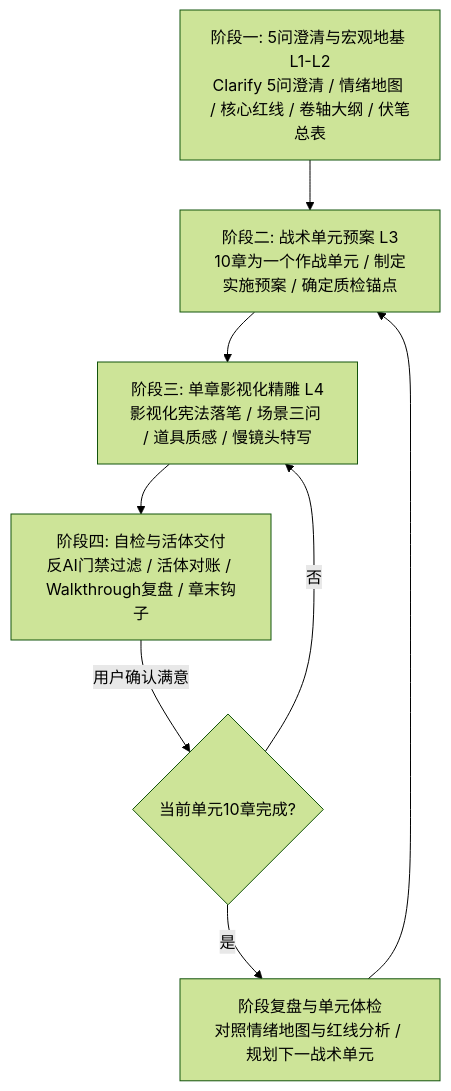
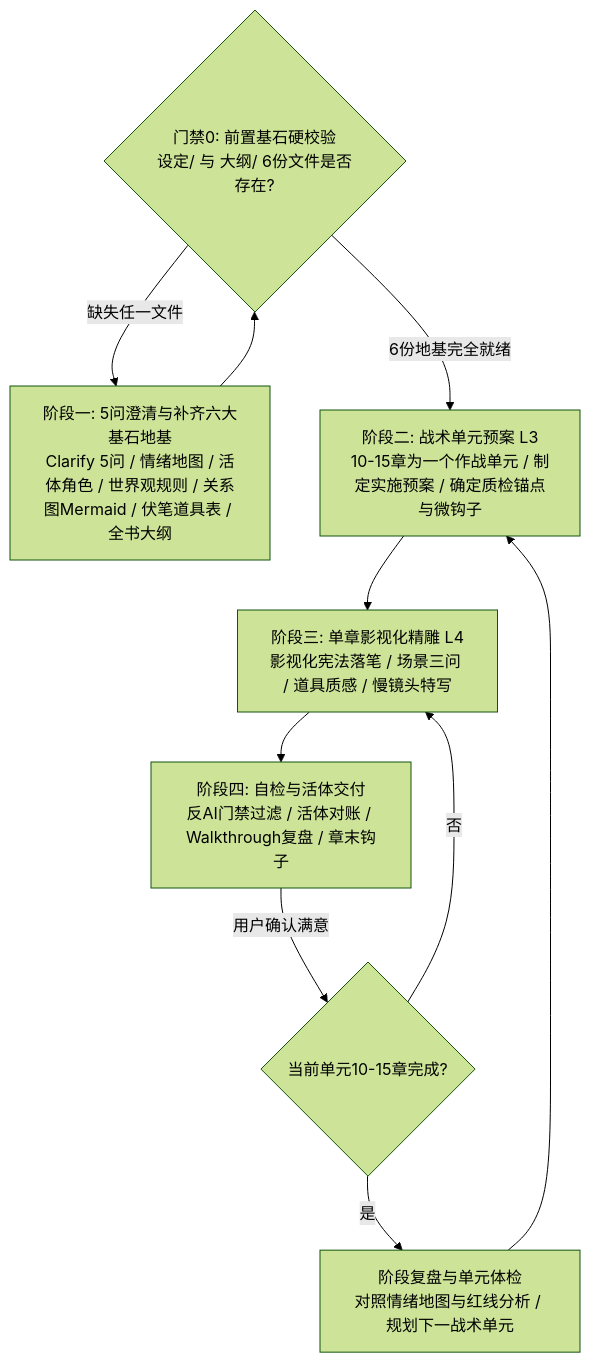
The diagram in SKILL.md (egguy886/commercial-writing-system), drawn with Mermaid (forest theme) before and after one commit. The commit also changed other lines of this file and 8 other files, not shown here.

````diff
--- a/SKILL.md
+++ b/SKILL.md
@@ -25,10 +26,13 @@
 ```mermaid
 flowchart TD
-    A[阶段一: 5问澄清与宏观地基 L1-L2<br/>Clarify 5问澄清 / 情绪地图 / 核心红线 / 卷轴大纲 / 伏笔总表] --> B[阶段二: 战术单元预案 L3<br/>10章为一个作战单元 / 制定实施预案 / 确定质检锚点]
+    G0{门禁0: 前置基石硬校验<br/>设定/ 与 大纲/ 6份文件是否存在?}
+    G0 -- 缺失任一文件 --> A[阶段一: 5问澄清与补齐六大基石地基<br/>Clarify 5问 / 情绪地图 / 活体角色 / 世界观规则 / 关系图Mermaid / 伏笔道具表 / 全书大纲]
+    A --> G0
+    G0 -- 6份地基完全就绪 --> B[阶段二: 战术单元预案 L3<br/>10-15章为一个作战单元 / 制定实施预案 / 确定质检锚点与微钩子]
     B --> C[阶段三: 单章影视化精雕 L4<br/>影视化宪法落笔 / 场景三问 / 道具质感 / 慢镜头特写]
     C --> D[阶段四: 自检与活体交付<br/>反AI门禁过滤 / 活体对账 / Walkthrough复盘 / 章末钩子]
-    D -->|用户确认满意| E{当前单元10章完成?}
+    D -->|用户确认满意| E{当前单元10-15章完成?}
     E -- 否 --> C
     E -- 是 --> F[阶段复盘与单元体检<br/>对照情绪地图与红线分析 / 规划下一战术单元]
     F --> B
 ```
````
